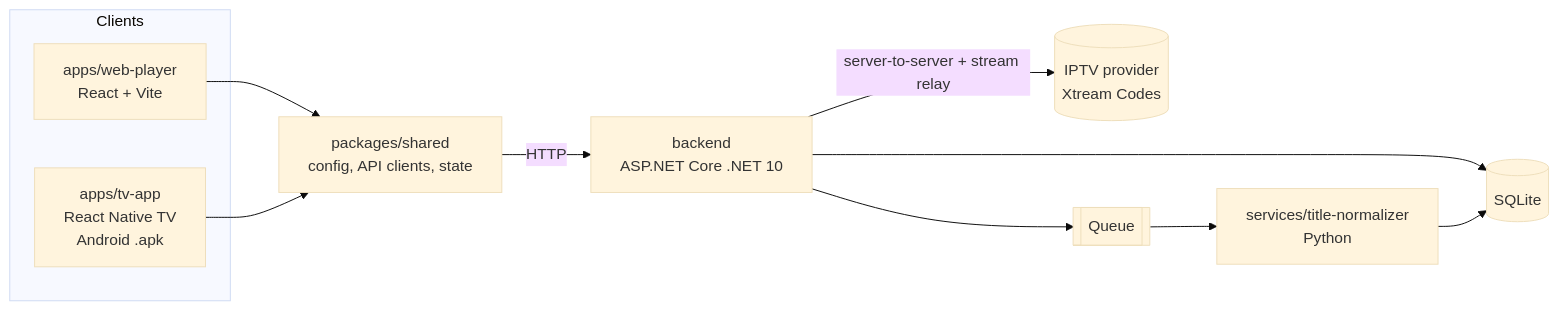
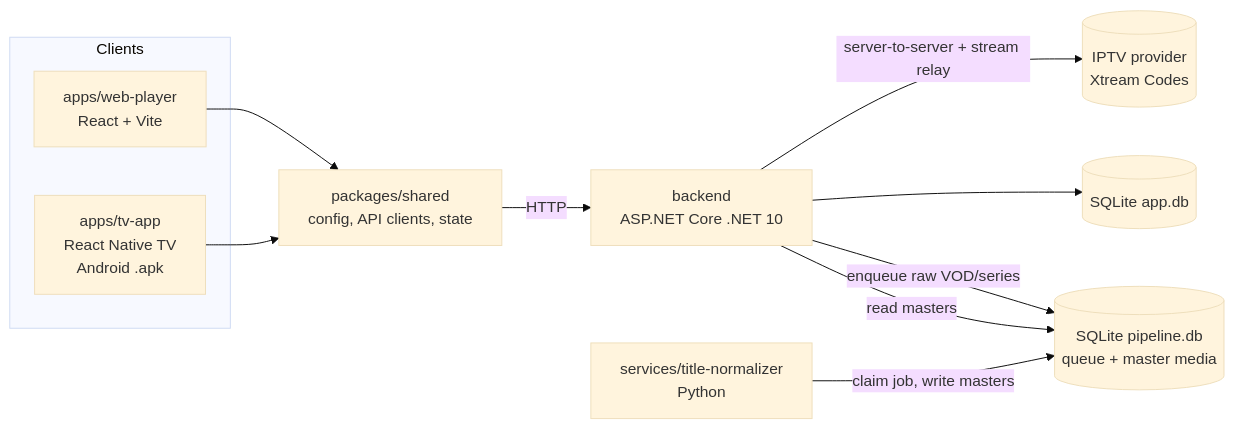
The diagram in README.md (brunoccst/iptv-player), drawn with Mermaid (base theme) before and after one commit. The commit also changed other lines of this file and 56 other files, not shown here.

First line of the commit message:
Step 3: title normalizer with SQLite job queue and deduplicated library API

````diff
--- a/README.md
+++ b/README.md
@@ -8,20 +8,22 @@
 ```mermaid
 flowchart LR
   subgraph Clients
     WEB[apps/web-player<br/>React + Vite]
     TV[apps/tv-app<br/>React Native TV<br/>Android .apk]
   end
   SHARED[packages/shared<br/>config, API clients, state]
   API[backend<br/>ASP.NET Core .NET 10]
   PY[services/title-normalizer<br/>Python]
   IPTV[(IPTV provider<br/>Xtream Codes)]
-  DB[(SQLite)]
-  Q[[Queue]]
+  DB[(SQLite app.db)]
+  Q[(SQLite pipeline.db<br/>queue + master media)]
 
   WEB --> SHARED
   TV --> SHARED
   SHARED -->|HTTP| API
   API -->|server-to-server + stream relay| IPTV
   API --> DB
-  API --> Q --> PY --> DB
+  API -->|enqueue raw VOD/series| Q
+  PY -->|claim job, write masters| Q
+  API -->|read masters| Q
 ```
````
